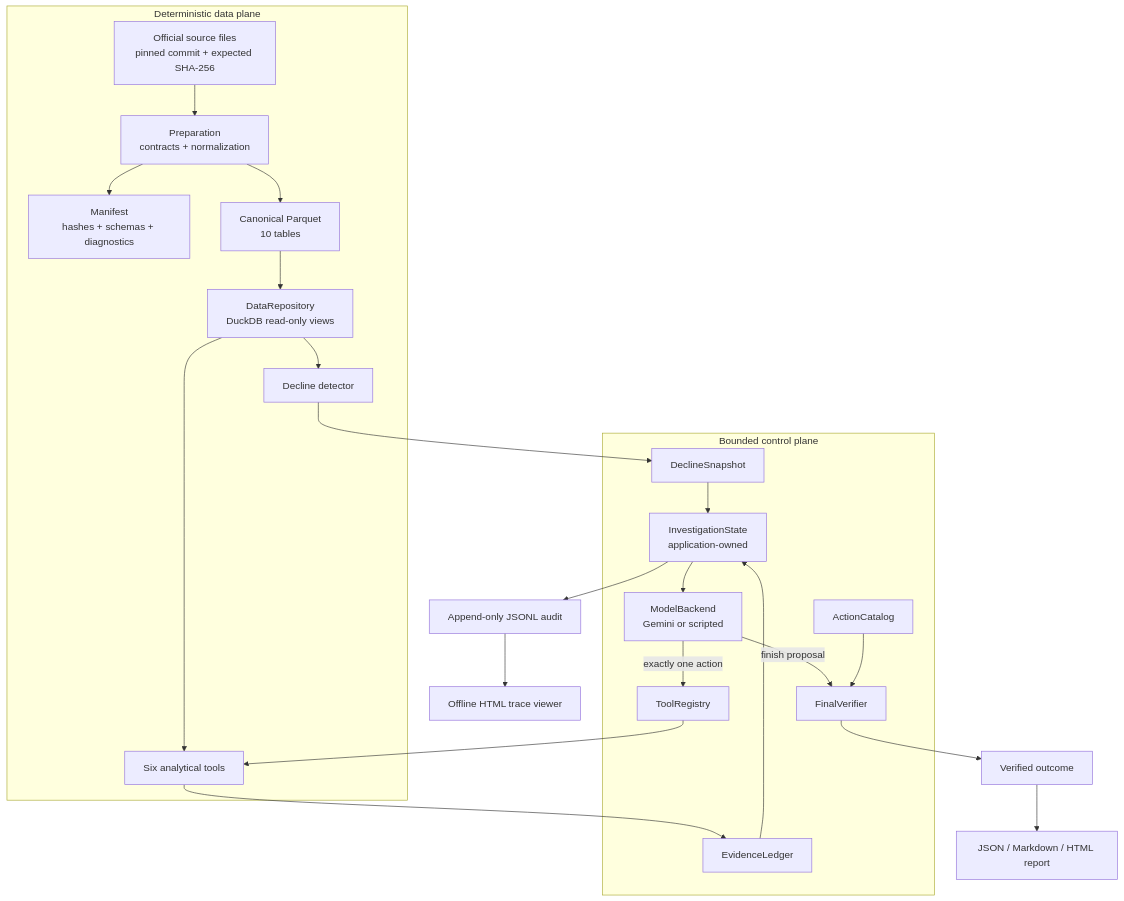
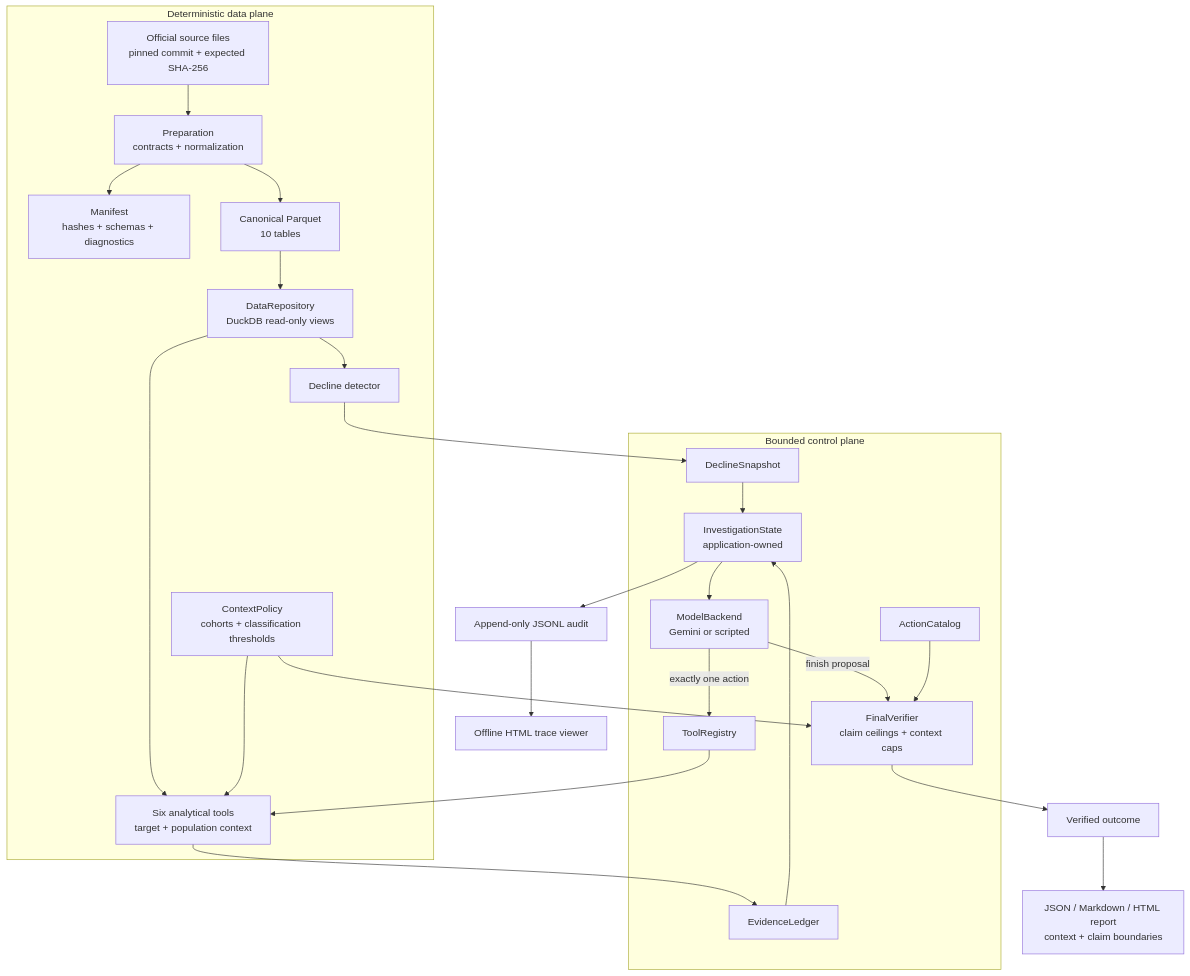
The first of 2 diagrams in docs/architecture.md (nickjanocik/WhyBack), drawn with Mermaid before and after one commit. The commit also changed other lines of this file and 25 other files, not shown here.

````diff
--- a/docs/architecture.md
+++ b/docs/architecture.md
@@ -18,42 +18,45 @@
 ```mermaid
 flowchart TB
     subgraph Data[Deterministic data plane]
         S[Official source files<br/>pinned commit + expected SHA-256]
         P[Preparation<br/>contracts + normalization]
         M[Manifest<br/>hashes + schemas + diagnostics]
         Q[Canonical Parquet<br/>10 tables]
         R[DataRepository<br/>DuckDB read-only views]
         D[Decline detector]
-        T[Six analytical tools]
+        T[Six analytical tools<br/>target + population context]
+        CP[ContextPolicy<br/>cohorts + classification thresholds]
         S --> P
         P --> M
         P --> Q
         Q --> R
         R --> D
         R --> T
+        CP --> T
     end
 
     subgraph Control[Bounded control plane]
         X[DeclineSnapshot]
         ST[InvestigationState<br/>application-owned]
         MB[ModelBackend<br/>Gemini or scripted]
         RG[ToolRegistry]
         EL[EvidenceLedger]
-        FV[FinalVerifier]
+        FV[FinalVerifier<br/>claim ceilings + context caps]
         AC[ActionCatalog]
         X --> ST
         ST --> MB
         MB -->|exactly one action| RG
         RG --> T
         T --> EL
         EL --> ST
         MB -->|finish proposal| FV
         AC --> FV
+        CP --> FV
     end
 
     D --> X
     FV --> O[Verified outcome]
     ST --> A[Append-only JSONL audit]
-    O --> RP[JSON / Markdown / HTML report]
+    O --> RP[JSON / Markdown / HTML report<br/>context + claim boundaries]
     A --> TV[Offline HTML trace viewer]
 ```
````
